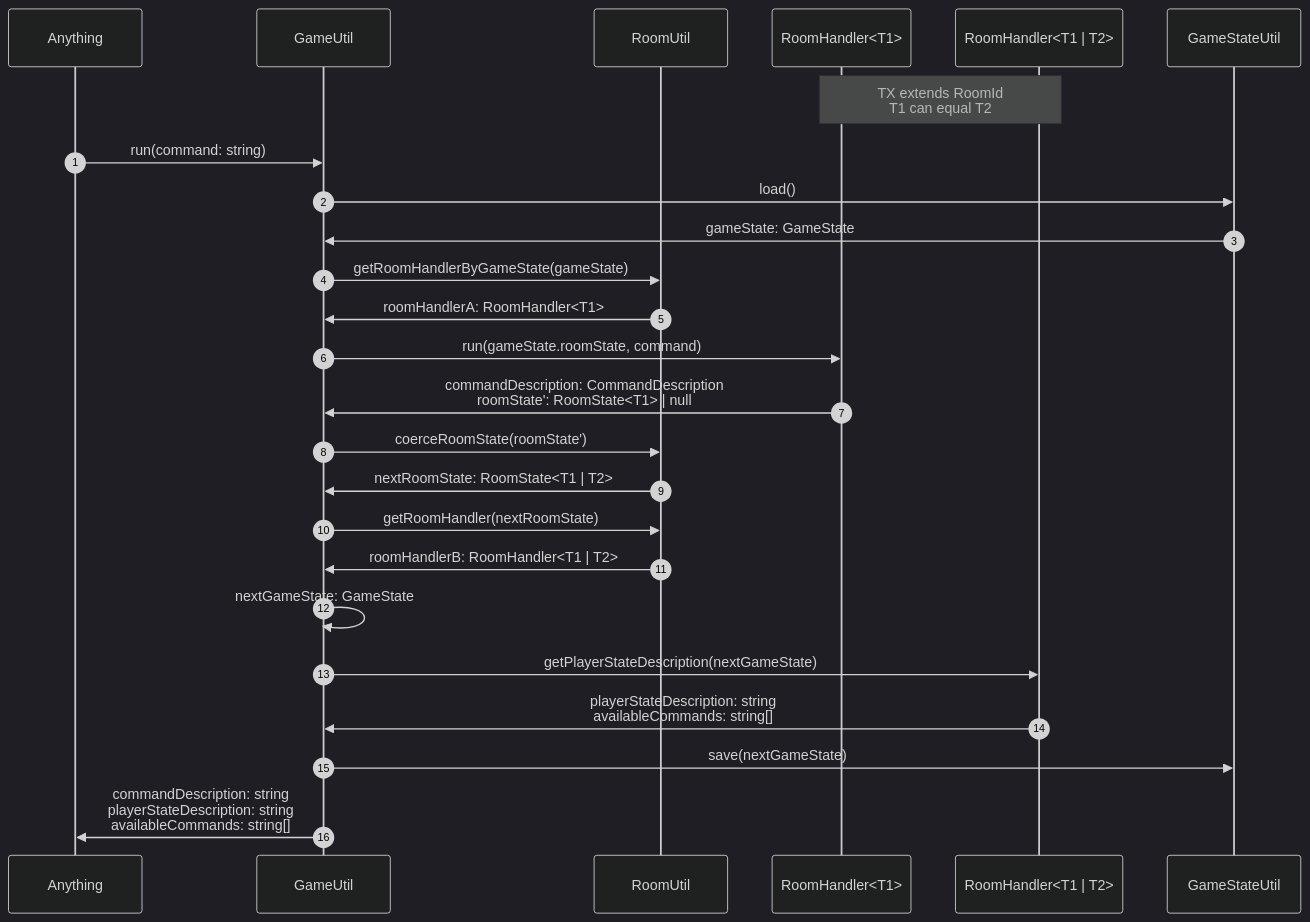
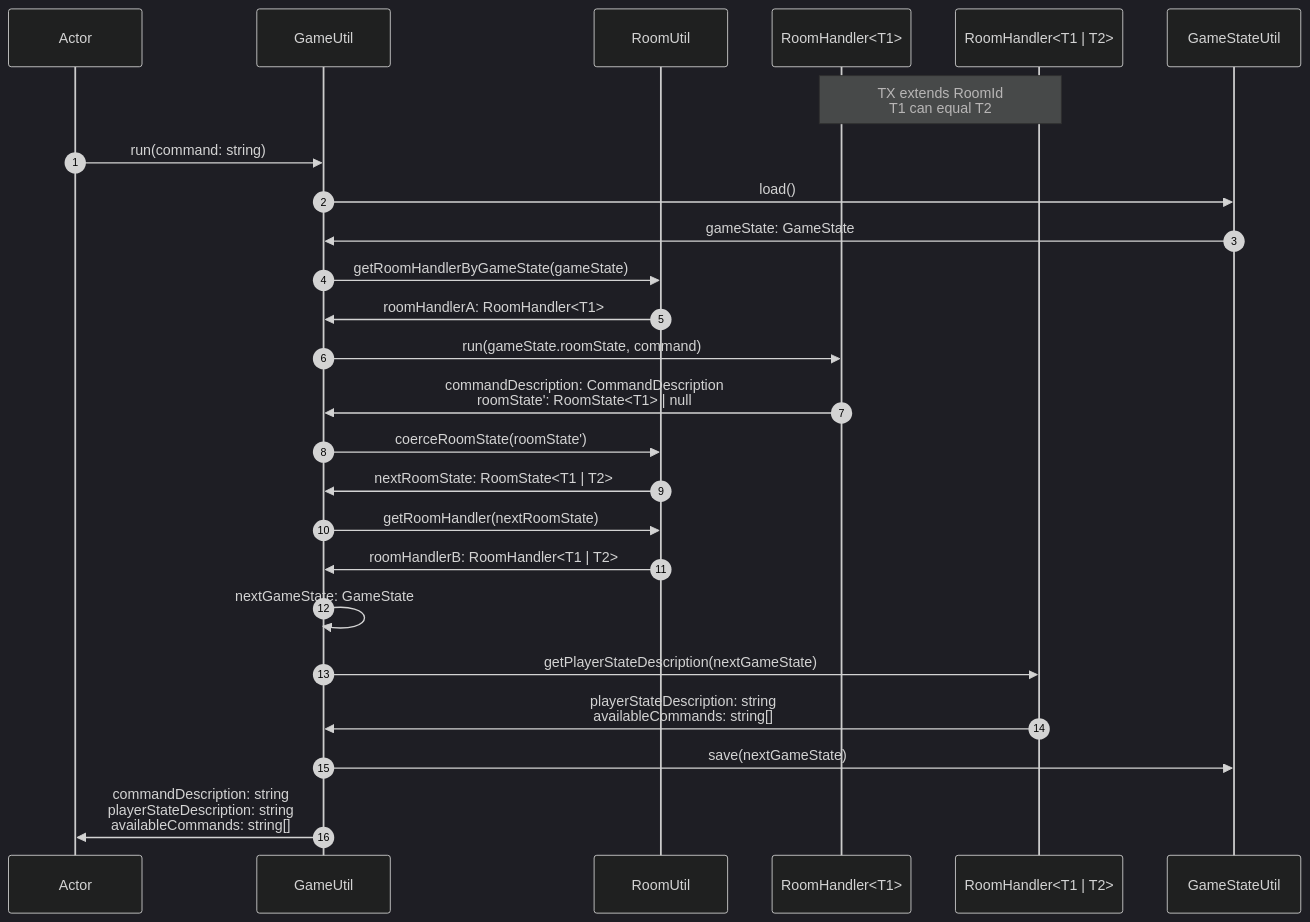
Before and after one commit to normal-devs/klicker-knight: the diagram in docs/architecture/gameUtil.md, drawn with Mermaid (dark theme). The commit also changed 5 other files, not shown here.

Commit message:
Rename 'Anything' to 'Actor' in architecture diagrams

````diff
--- a/docs/architecture/gameUtil.md
+++ b/docs/architecture/gameUtil.md
@@ -16,37 +16,37 @@
 ```mermaid
 sequenceDiagram
   autonumber
-  participant A as Anything
+  participant A as Actor
   participant GU as GameUtil
   participant RU as RoomUtil
   participant RH1 as RoomHandler<T1>
   participant RH2 as RoomHandler<T1 | T2>
   participant GS as GameStateUtil
 
   note over RH1, RH2: TX extends RoomId <br> T1 can equal T2
 
   A ->> GU: run(command: string)
 
   GU ->> GS: load()
   GS ->> GU: gameState: GameState
 
   GU ->> RU: getRoomHandlerByGameState(gameState)
   RU ->> GU: roomHandlerA: RoomHandler<T1>
 
   GU ->> RH1: run(gameState.roomState, command)
   RH1 ->> GU: commandDescription: CommandDescription <br> roomState': RoomState<T1> | null
 
   GU ->> RU: coerceRoomState(roomState')
   RU ->> GU: nextRoomState: RoomState<T1 | T2>
 
   GU ->> RU: getRoomHandler(nextRoomState)
   RU ->> GU: roomHandlerB: RoomHandler<T1 | T2>
   GU ->> GU: nextGameState: GameState
 
   GU ->> RH2: getPlayerStateDescription(nextGameState)
   RH2 ->> GU: playerStateDescription: string <br> availableCommands: string[]
 
   GU ->> GS: save(nextGameState)
 
   GU ->> A: commandDescription: string <br> playerStateDescription: string <br> availableCommands: string[]
 ```
````
